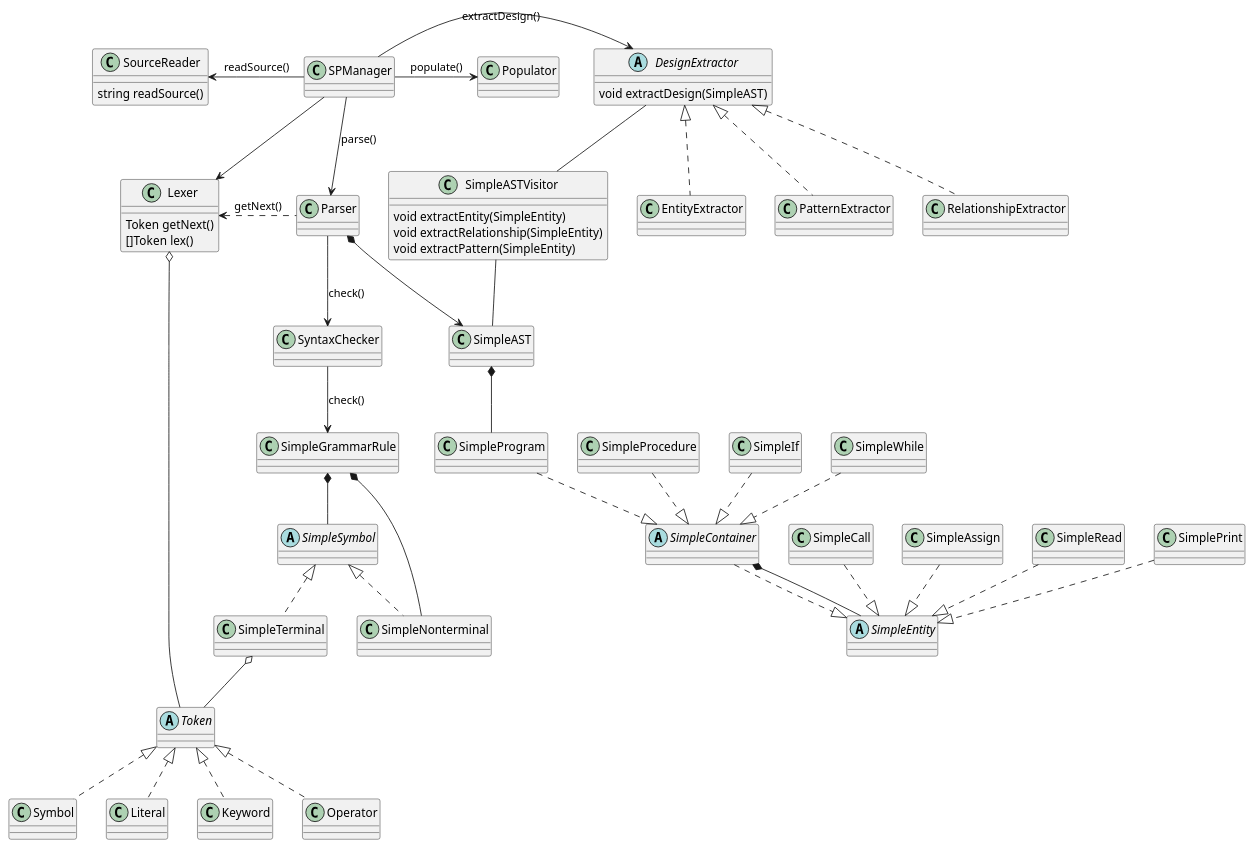
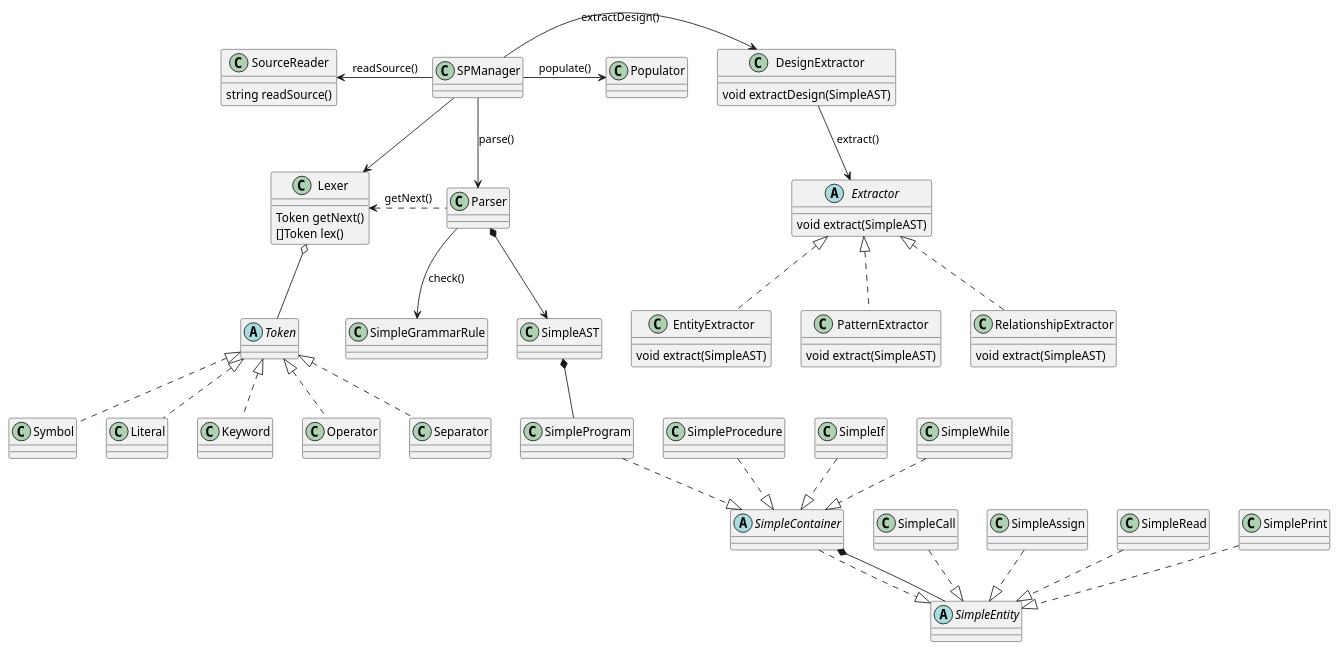
The diagram in docs/diagrams/SPClassDiagram.puml (mazx4960/static-analyzer), drawn with PlantUML before and after one commit.

Commit message:
docs: update SP Class diagram

```diff
--- a/docs/diagrams/SPClassDiagram.puml
+++ b/docs/diagrams/SPClassDiagram.puml
@@ -1,95 +1,89 @@
 @startuml
 
 class SPManager
 
 class SourceReader {
     string readSource()
 }
 
 class Lexer {
     Token getNext()
     []Token lex()
 }
 
 abstract class Token {
 }
 class Symbol
 class Literal
 class Keyword
 class Operator
+class Separator
 
 class Parser
-class SyntaxChecker
 class SimpleGrammarRule
-abstract class SimpleSymbol
-class SimpleTerminal
-class SimpleNonterminal
 
 class SimpleAST
 abstract class SimpleEntity
 abstract class SimpleContainer
 class SimpleProgram
 class SimpleProcedure
 class SimpleIf
 class SimpleWhile
 class SimpleCall
 class SimpleAssign
 class SimpleRead
 class SimplePrint
 
-abstract class DesignExtractor {
+class DesignExtractor {
     void extractDesign(SimpleAST)
 }
-class EntityExtractor
-class PatternExtractor
-class RelationshipExtractor
+abstract class Extractor {
+    void extract(SimpleAST)
+}
+class EntityExtractor {
+    void extract(SimpleAST)
+}
+class PatternExtractor {
+    void extract(SimpleAST)
+}
+class RelationshipExtractor {
+    void extract(SimpleAST)
+}
 
 class Populator
-
-class SimpleASTVisitor {
-    void extractEntity(SimpleEntity)
-    void extractRelationship(SimpleEntity)
-    void extractPattern(SimpleEntity)
-}
 
 SPManager -left-> SourceReader : readSource()
 SPManager -down-> Lexer
 SPManager -down-> Parser : parse()
 SPManager -right-> DesignExtractor : extractDesign()
 SPManager -right-> Populator : populate()
 
 Token <|.. Symbol
 Token <|.. Literal
 Token <|.. Keyword
 Token <|.. Operator
+Token <|.. Separator
 
 Lexer o-- Token
 Parser .left.> Lexer: getNext()
-Parser -down-> SyntaxChecker : check()
-SyntaxChecker -down-> SimpleGrammarRule : check()
-SimpleSymbol <|.. SimpleNonterminal
-SimpleSymbol <|.. SimpleTerminal
-SimpleTerminal o-- Token
-SimpleGrammarRule *-- SimpleNonterminal
-SimpleGrammarRule *-- SimpleSymbol
+Parser -down-> SimpleGrammarRule : check()
 Parser *-down-> SimpleAST
 SimpleAST *-- SimpleProgram
 SimpleContainer ..|> SimpleEntity
 SimpleCall ..|> SimpleEntity
 SimpleAssign ..|> SimpleEntity
 SimpleRead ..|> SimpleEntity
 SimplePrint ..|> SimpleEntity
 SimpleIf ..|> SimpleContainer
 SimpleWhile ..|> SimpleContainer
 SimpleProcedure ..|> SimpleContainer
 SimpleProgram ..|> SimpleContainer
 SimpleContainer *-- SimpleEntity
 
-DesignExtractor <|.. EntityExtractor
-DesignExtractor <|.. PatternExtractor
-DesignExtractor <|.. RelationshipExtractor
+Extractor <|.. EntityExtractor
+Extractor <|.. PatternExtractor
+Extractor <|.. RelationshipExtractor
 
-DesignExtractor -- SimpleASTVisitor
-SimpleASTVisitor -- SimpleAST
+DesignExtractor --> Extractor : extract()
 
 @enduml
```
